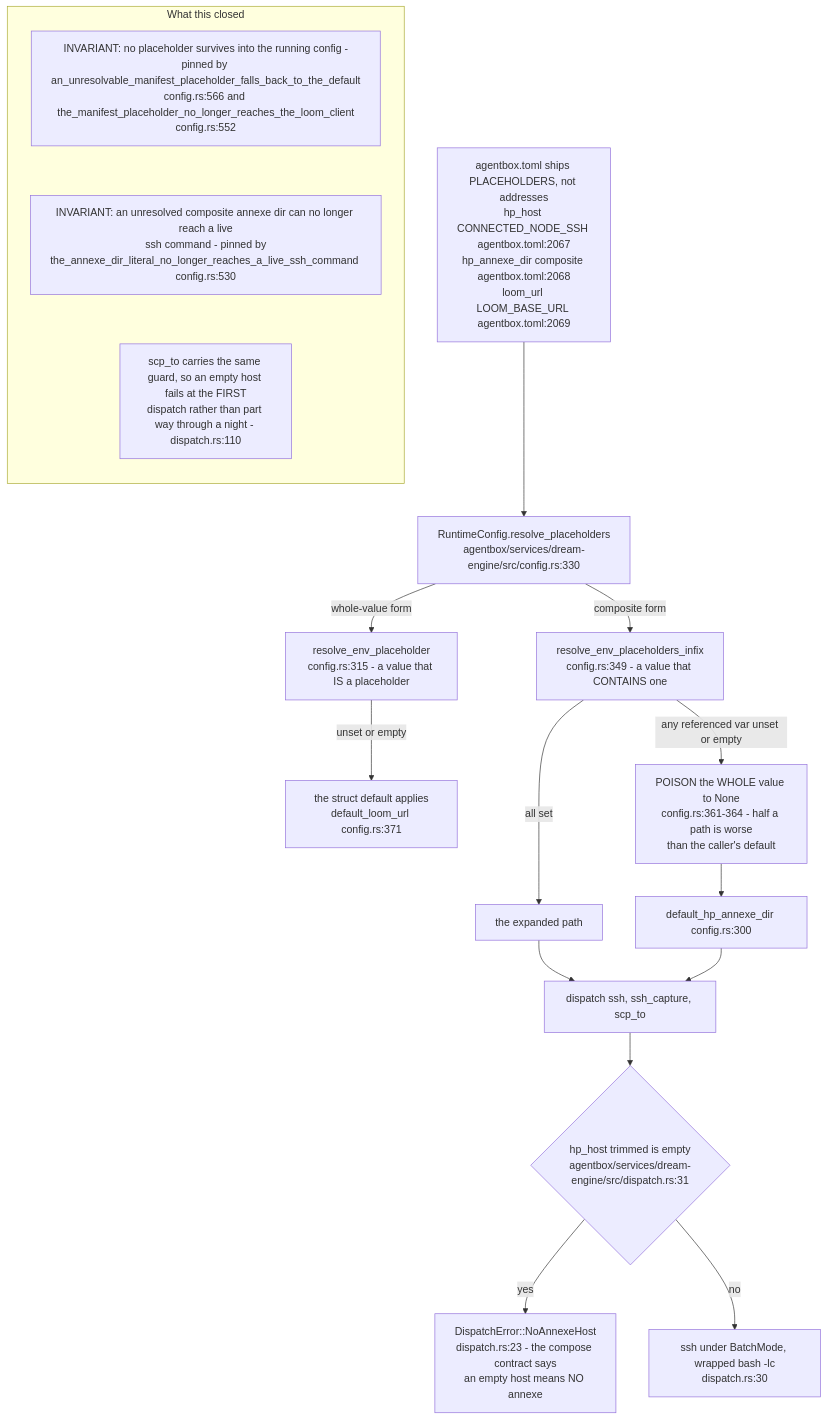
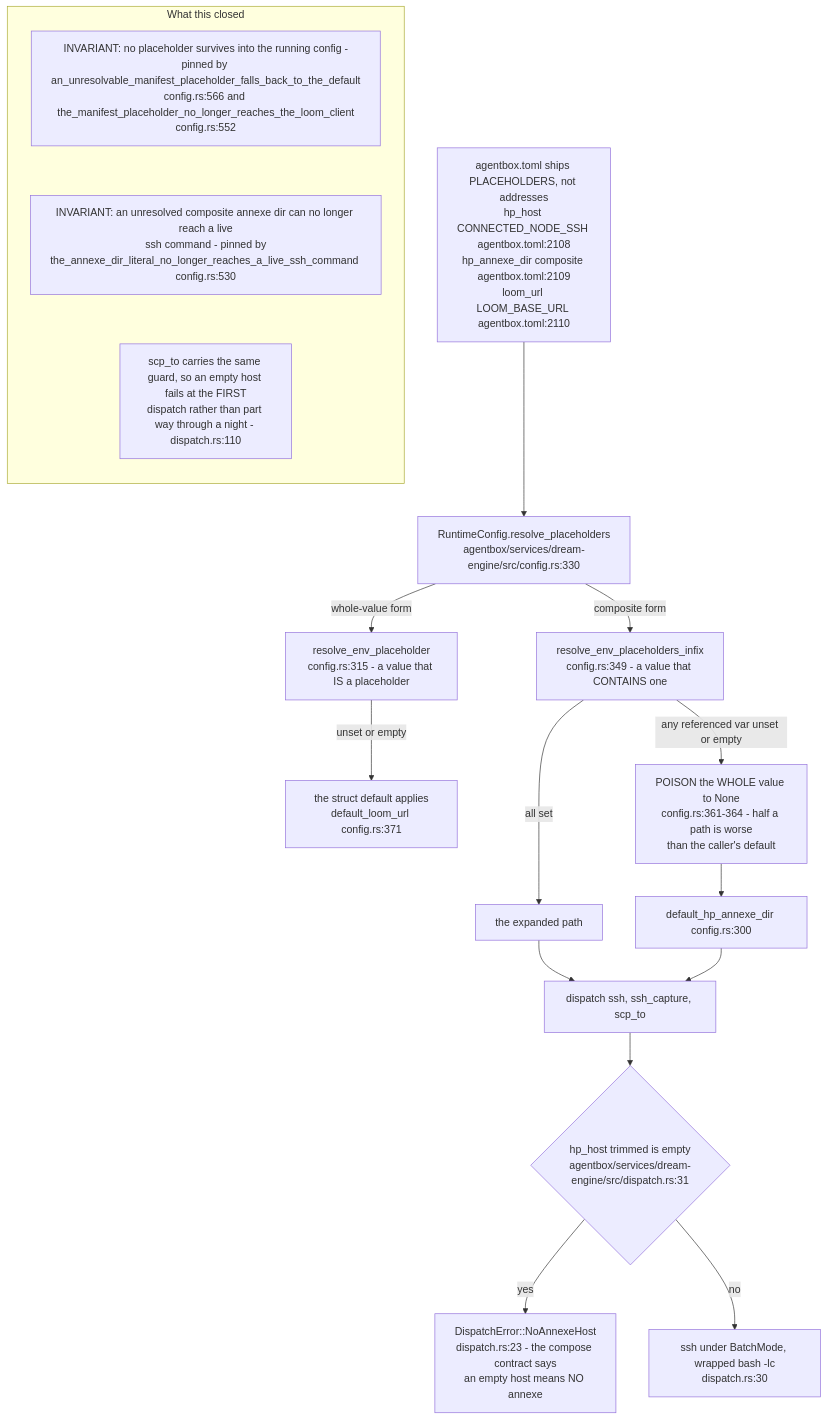
One commit to DreamLab-AI/VisionFlow changed diagram 16 of 18 in docs/diagrams/agentbox/23-dream-engine.md. Above: the diagram before and after it, drawn with Mermaid. The commit also changed other lines of this file and 94 other files, not shown here.

First line of the commit message:
docs(diagrams): re-verify 130 topics against 2 October HEADs

````diff
--- a/docs/diagrams/agentbox/23-dream-engine.md
+++ b/docs/diagrams/agentbox/23-dream-engine.md
@@ -804,23 +821,23 @@
 ```mermaid
 flowchart TB
-    TOML["agentbox.toml ships PLACEHOLDERS, not addresses<br/>hp_host CONNECTED_NODE_SSH agentbox.toml:2067<br/>hp_annexe_dir composite agentbox.toml:2068<br/>loom_url LOOM_BASE_URL agentbox.toml:2069"]
+    TOML["agentbox.toml ships PLACEHOLDERS, not addresses<br/>hp_host CONNECTED_NODE_SSH agentbox.toml:2108<br/>hp_annexe_dir composite agentbox.toml:2109<br/>loom_url LOOM_BASE_URL agentbox.toml:2110"]
     TOML --> RP["RuntimeConfig.resolve_placeholders<br/>agentbox/services/dream-engine/src/config.rs:330"]
     RP -->|"whole-value form"| W["resolve_env_placeholder<br/>config.rs:315 - a value that IS a placeholder"]
     RP -->|"composite form"| I["resolve_env_placeholders_infix<br/>config.rs:349 - a value that CONTAINS one"]
     W -->|"unset or empty"| D1["the struct default applies<br/>default_loom_url config.rs:371"]
     I -->|"any referenced var unset or empty"| D2["POISON the WHOLE value to None<br/>config.rs:361-364 - half a path is worse<br/>than the caller's default"]
     D2 --> D3["default_hp_annexe_dir config.rs:300"]
     I -->|"all set"| OK["the expanded path"]
     OK --> DISP["dispatch ssh, ssh_capture, scp_to"]
     D3 --> DISP
     DISP --> GUARD{"hp_host trimmed is empty<br/>agentbox/services/dream-engine/src/dispatch.rs:31"}
     GUARD -->|"yes"| NAH["DispatchError::NoAnnexeHost<br/>dispatch.rs:23 - the compose contract says<br/>an empty host means NO annexe"]
     GUARD -->|"no"| SSH["ssh under BatchMode, wrapped bash -lc<br/>dispatch.rs:30"]
     subgraph notes["What this closed"]
         direction TB
         N1["INVARIANT: no placeholder survives into the running config -<br/>pinned by an_unresolvable_manifest_placeholder_falls_back_to_the_default<br/>config.rs:566 and the_manifest_placeholder_no_longer_reaches_the_loom_client<br/>config.rs:552"]
         N2["INVARIANT: an unresolved composite annexe dir can no longer reach a live<br/>ssh command - pinned by<br/>the_annexe_dir_literal_no_longer_reaches_a_live_ssh_command config.rs:530"]
         N3["scp_to carries the same guard, so an empty host fails at the FIRST<br/>dispatch rather than part way through a night - dispatch.rs:110"]
         N1 ~~~ N2 ~~~ N3
     end
 ```
````
